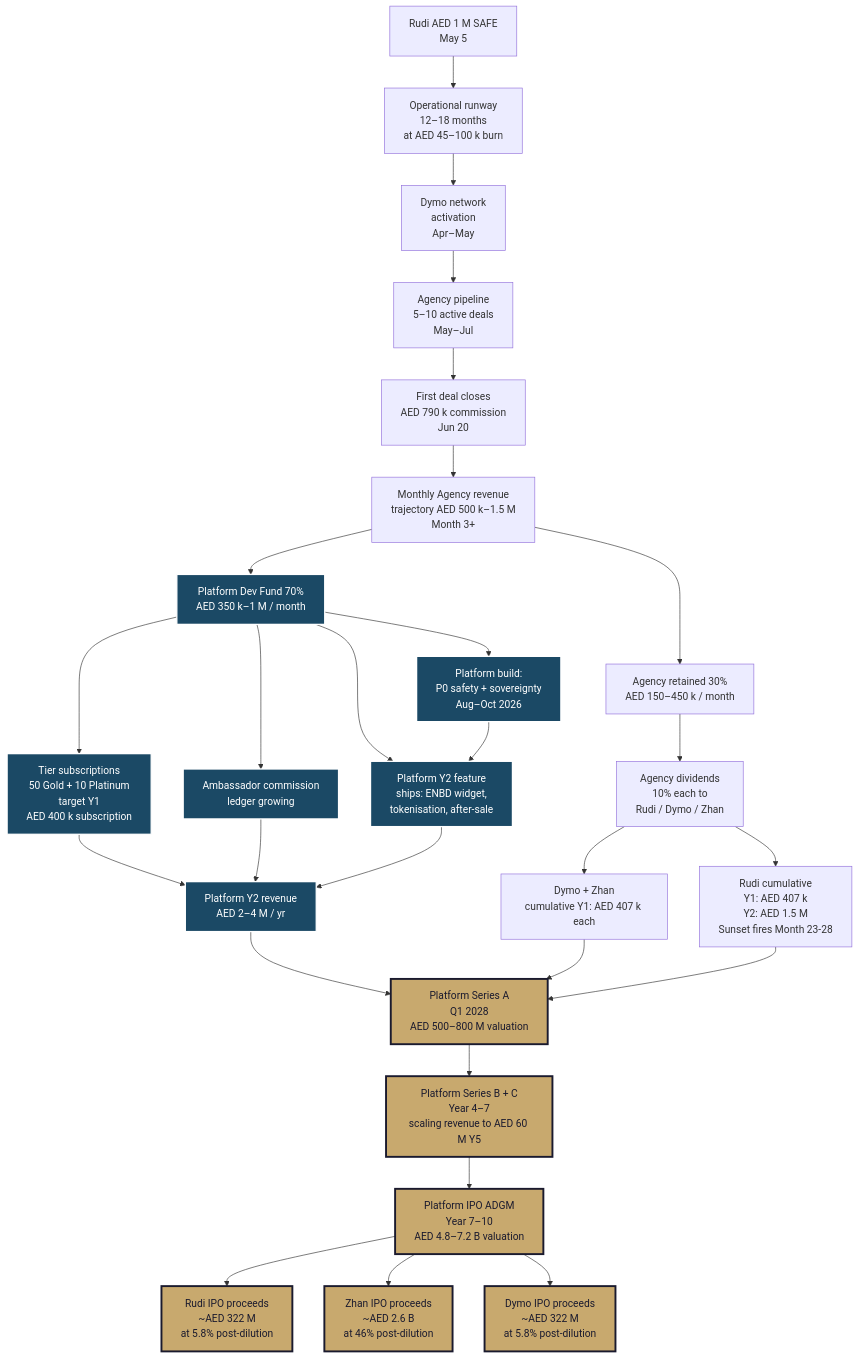
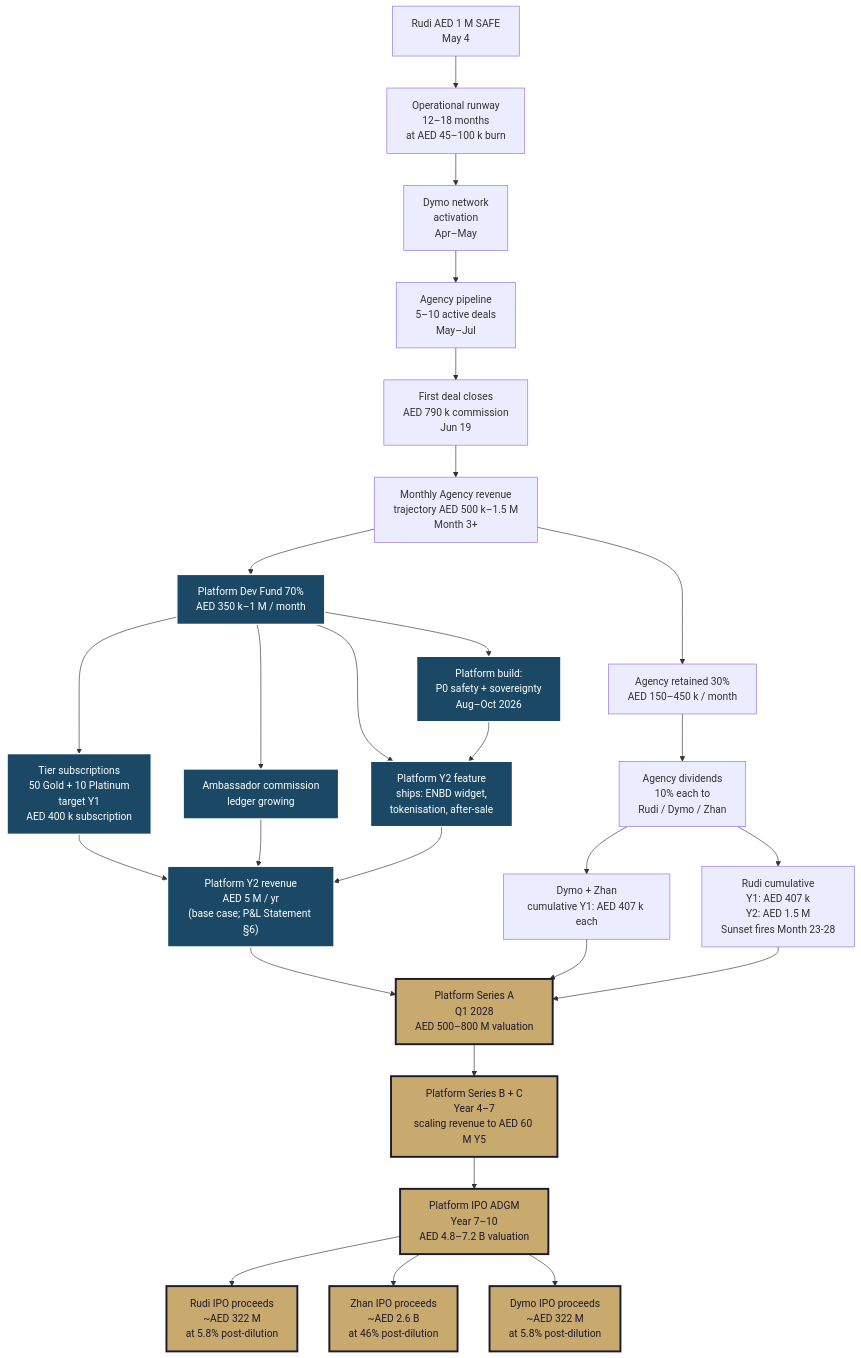
Before and after one commit to ZaahiPlots/Zaahi: the fourth of 5 diagrams in docs/roadmap/DEPENDENCIES_MAP.md, drawn with Mermaid. The commit also changed other lines of this file and 8 other files, not shown here.

````diff
--- a/docs/roadmap/DEPENDENCIES_MAP.md
+++ b/docs/roadmap/DEPENDENCIES_MAP.md
@@ -225,38 +225,38 @@
 ```mermaid
 flowchart TD
-    A["Rudi AED 1 M SAFE<br/>May 5"] --> B["Operational runway<br/>12–18 months<br/>at AED 45–100 k burn"]
+    A["Rudi AED 1 M SAFE<br/>May 4"] --> B["Operational runway<br/>12–18 months<br/>at AED 45–100 k burn"]
     B --> C["Dymo network<br/>activation<br/>Apr–May"]
     C --> D["Agency pipeline<br/>5–10 active deals<br/>May–Jul"]
-    D --> E["First deal closes<br/>AED 790 k commission<br/>Jun 20"]
+    D --> E["First deal closes<br/>AED 790 k commission<br/>Jun 19"]
     E --> F["Monthly Agency revenue<br/>trajectory AED 500 k–1.5 M<br/>Month 3+"]
 
     F --> G["Agency retained 30%<br/>AED 150–450 k / month"]
     F --> H["Platform Dev Fund 70%<br/>AED 350 k–1 M / month"]:::platform
 
     G --> I["Agency dividends<br/>10% each to<br/>Rudi / Dymo / Zhan"]
     I --> J["Rudi cumulative<br/>Y1: AED 407 k<br/>Y2: AED 1.5 M<br/>Sunset fires Month 23-28"]
     I --> K["Dymo + Zhan<br/>cumulative Y1: AED 407 k each"]
 
     H --> L["Platform build:<br/>P0 safety + sovereignty<br/>Aug–Oct 2026"]:::platform
     H --> M["Tier subscriptions<br/>50 Gold + 10 Platinum<br/>target Y1<br/>AED 400 k subscription"]:::platform
     H --> N["Ambassador commission<br/>ledger growing"]:::platform
     H --> O["Platform Y2 feature<br/>ships: ENBD widget,<br/>tokenisation, after-sale"]:::platform
     
     L --> O
-    M --> P["Platform Y2 revenue<br/>AED 2–4 M / yr"]:::platform
+    M --> P["Platform Y2 revenue<br/>AED 5 M / yr<br/>(base case; P&L Statement §6)"]:::platform
     N --> P
     O --> P
 
     P --> Q["Platform Series A<br/>Q1 2028<br/>AED 500–800 M valuation"]:::critical
     K --> Q
     J --> Q
 
     Q --> R["Platform Series B + C<br/>Year 4–7<br/>scaling revenue to AED 60 M Y5"]:::critical
     R --> S["Platform IPO ADGM<br/>Year 7–10<br/>AED 4.8–7.2 B valuation"]:::critical
     S --> T["Rudi IPO proceeds<br/>~AED 322 M<br/>at 5.8% post-dilution"]:::critical
     S --> U["Zhan IPO proceeds<br/>~AED 2.6 B<br/>at 46% post-dilution"]:::critical
     S --> V["Dymo IPO proceeds<br/>~AED 322 M<br/>at 5.8% post-dilution"]:::critical
 
     classDef platform fill:#1B4965,stroke:#FFFFFF,stroke-width:2px,color:#FFFFFF
     classDef critical fill:#C8A96E,stroke:#1A1A2E,stroke-width:3px,color:#1A1A2E
 ```
````
